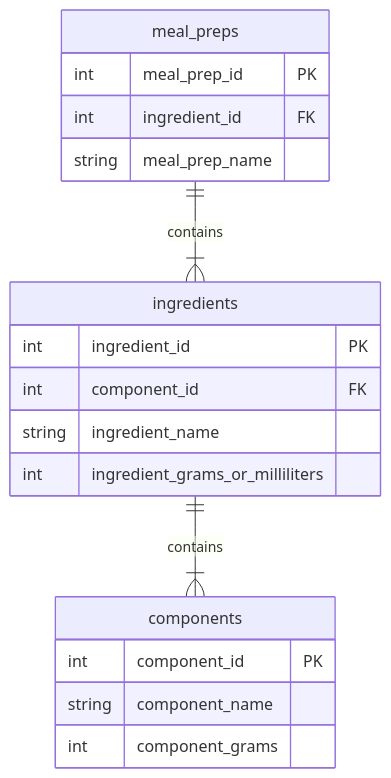
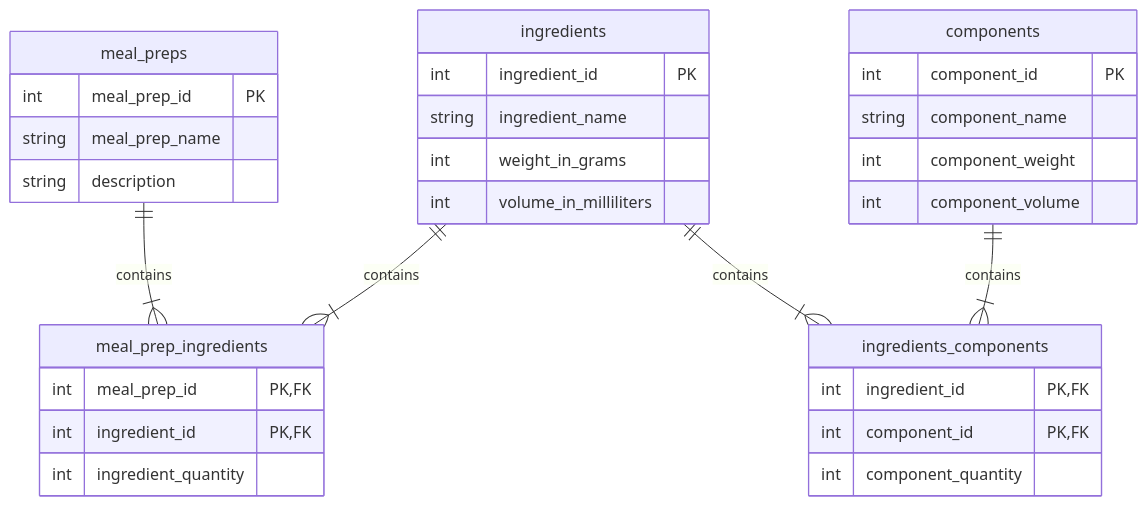
Before and after one commit to Wijnandvdm/nom-stats: the diagram in mermaid_erd.mermaid, drawn with Mermaid. The commit also changed 2 other files, not shown here.

```diff
--- a/mermaid_erd.mermaid
+++ b/mermaid_erd.mermaid
@@ -1,19 +1,32 @@
 erDiagram
-    meal_preps ||--|{ ingredients : contains
+    meal_prep_ingredients {
+        int meal_prep_id PK, FK
+        int ingredient_id PK, FK
+        int ingredient_quantity
+    }
     meal_preps {
         int meal_prep_id PK
-        int ingredient_id FK
         string meal_prep_name
+        string description
     }
-    ingredients ||--|{ components : contains
+    ingredients_components {
+        int ingredient_id PK, FK
+        int component_id PK, FK
+        int component_quantity
+    }
     ingredients {
         int ingredient_id PK
-        int component_id FK
         string ingredient_name
-        int ingredient_grams_or_milliliters
+        int weight_in_grams
+        int volume_in_milliliters
     }
     components {
         int component_id PK
-        string component_name 
-        int component_grams
+        string component_name
+        int component_weight
+        int component_volume
     }
+meal_preps ||--|{ meal_prep_ingredients : contains
+ingredients ||--|{ meal_prep_ingredients : contains
+ingredients ||--|{ ingredients_components : contains
+components ||--|{ ingredients_components : contains
```
